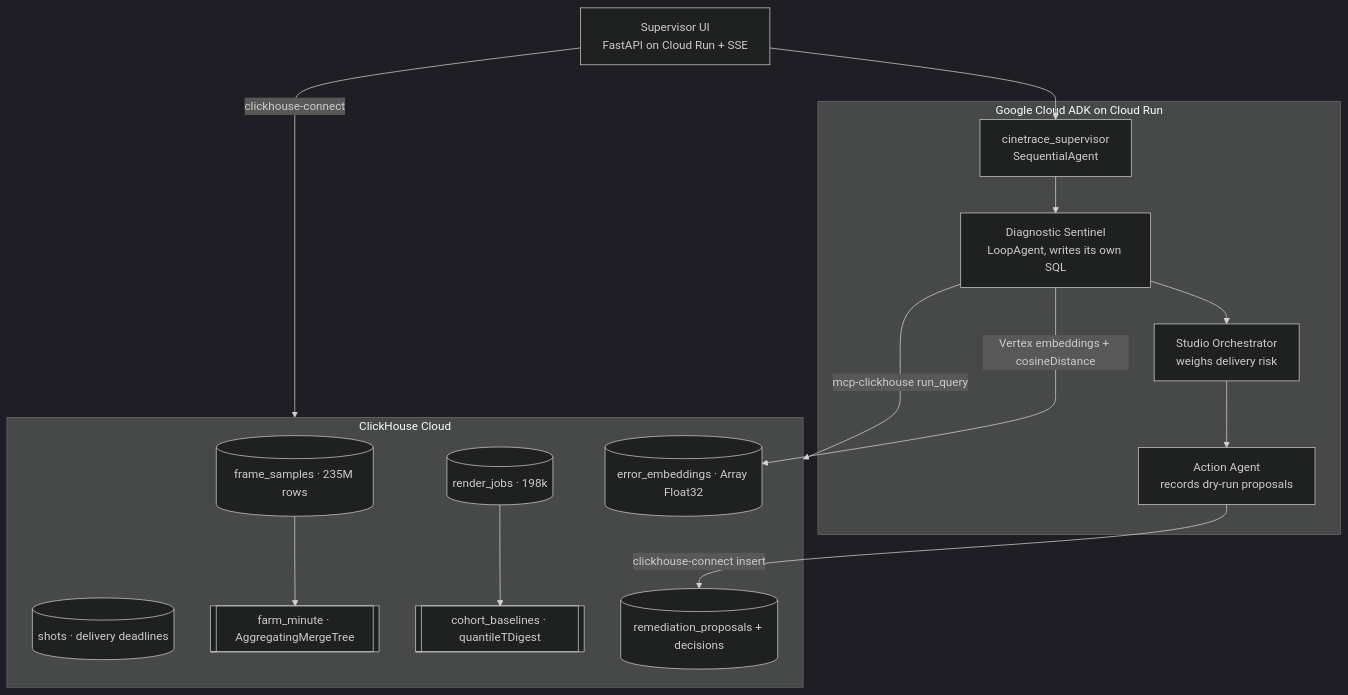
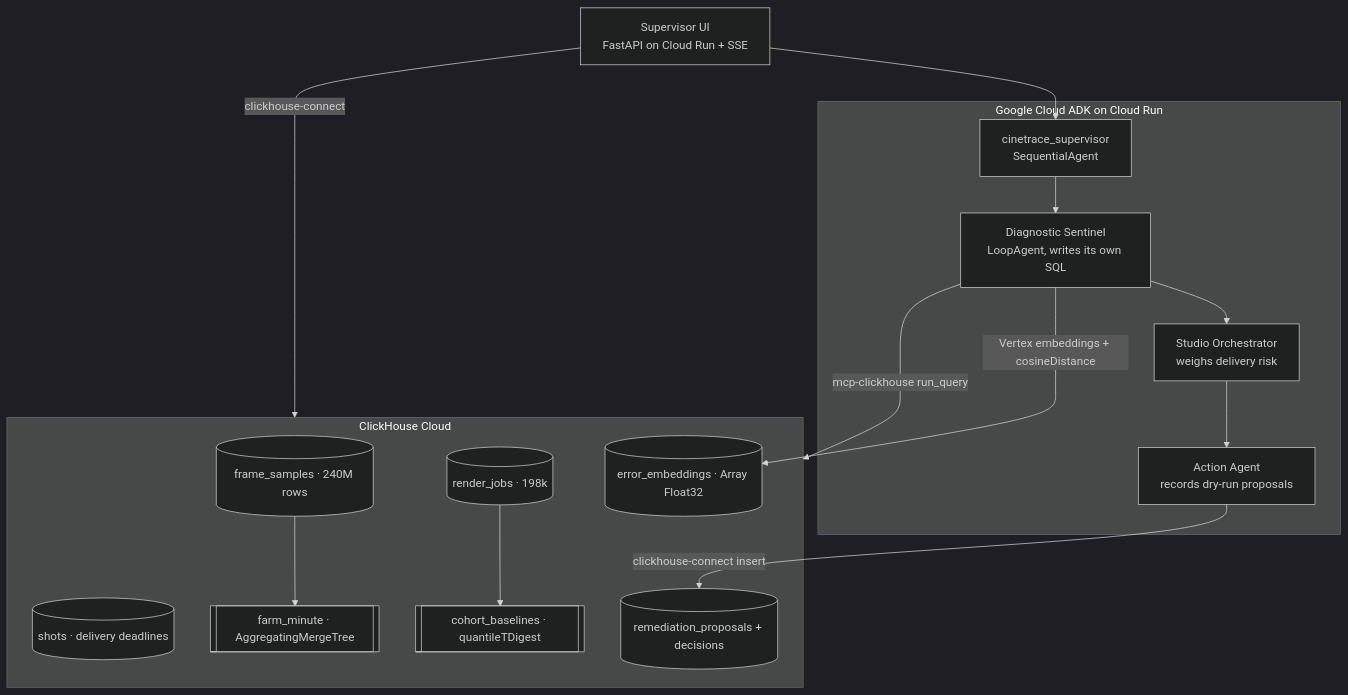
Before and after one commit to asaf-avron/cinetrace-ai: the diagram in README.md, drawn with Mermaid (dark theme). The commit also changed other lines of this file and 7 other files, not shown here.

````diff
--- a/README.md
+++ b/README.md
@@ -40,27 +42,27 @@
 ```mermaid
 flowchart TB
     subgraph ch [ClickHouse Cloud]
-        FS[("frame_samples · 235M rows")]
+        FS[("frame_samples · 240M rows")]
         RJ[("render_jobs · 198k")]
         SH[("shots · delivery deadlines")]
         MV[["farm_minute · AggregatingMergeTree"]]
         CB[["cohort_baselines · quantileTDigest"]]
         EE[("error_embeddings · Array Float32")]
         RP[("remediation_proposals + decisions")]
         FS --> MV
         RJ --> CB
     end
     subgraph adk [Google Cloud ADK on Cloud Run]
         SEQ["cinetrace_supervisor<br/>SequentialAgent"]
         SEN["Diagnostic Sentinel<br/>LoopAgent, writes its own SQL"]
         DEC["Studio Orchestrator<br/>weighs delivery risk"]
         ACT["Action Agent<br/>records dry-run proposals"]
         SEQ --> SEN --> DEC --> ACT
     end
     UI["Supervisor UI<br/>FastAPI on Cloud Run + SSE"]
     SEN -->|"mcp-clickhouse run_query"| ch
     SEN -->|"Vertex embeddings + cosineDistance"| EE
     ACT -->|"clickhouse-connect insert"| RP
     UI -->|"clickhouse-connect"| ch
     UI --> SEQ
 ```
````
